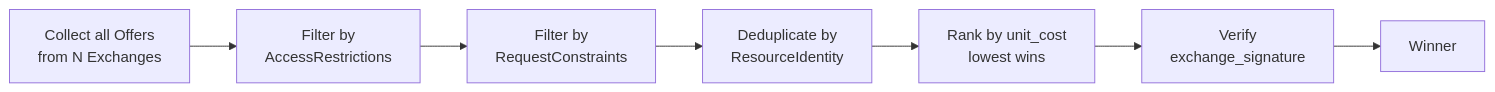
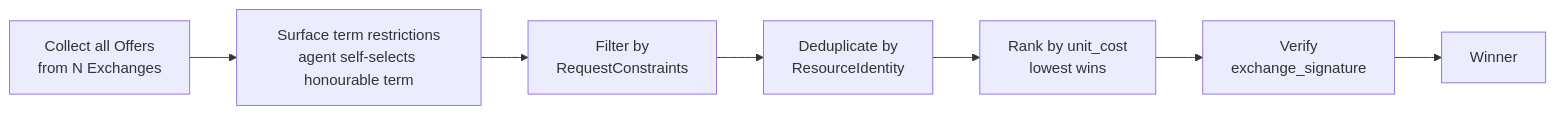
Before and after one commit to RAMP-Protocol/protocol: the second of 4 diagrams in website/src/content/docs/components/broker/selection-engine.mdx, drawn with Mermaid. The commit also changed other lines of this file and 41 other files, not shown here.

````diff
--- a/website/src/content/docs/components/broker/selection-engine.mdx
+++ b/website/src/content/docs/components/broker/selection-engine.mdx
@@ -152,9 +152,9 @@
 ```mermaid
 graph LR
-    A[Collect all Offers<br/>from N Exchanges] --> B[Filter by<br/>AccessRestrictions]
+    A[Collect all Offers<br/>from N Exchanges] --> B[Surface term restrictions<br/>agent self-selects honourable term]
     B --> C[Filter by<br/>RequestConstraints]
     C --> D[Deduplicate by<br/>ResourceIdentity]
     D --> E[Rank by unit_cost<br/>lowest wins]
     E --> F[Verify<br/>exchange_signature]
     F --> G[Winner]
 ```
````
